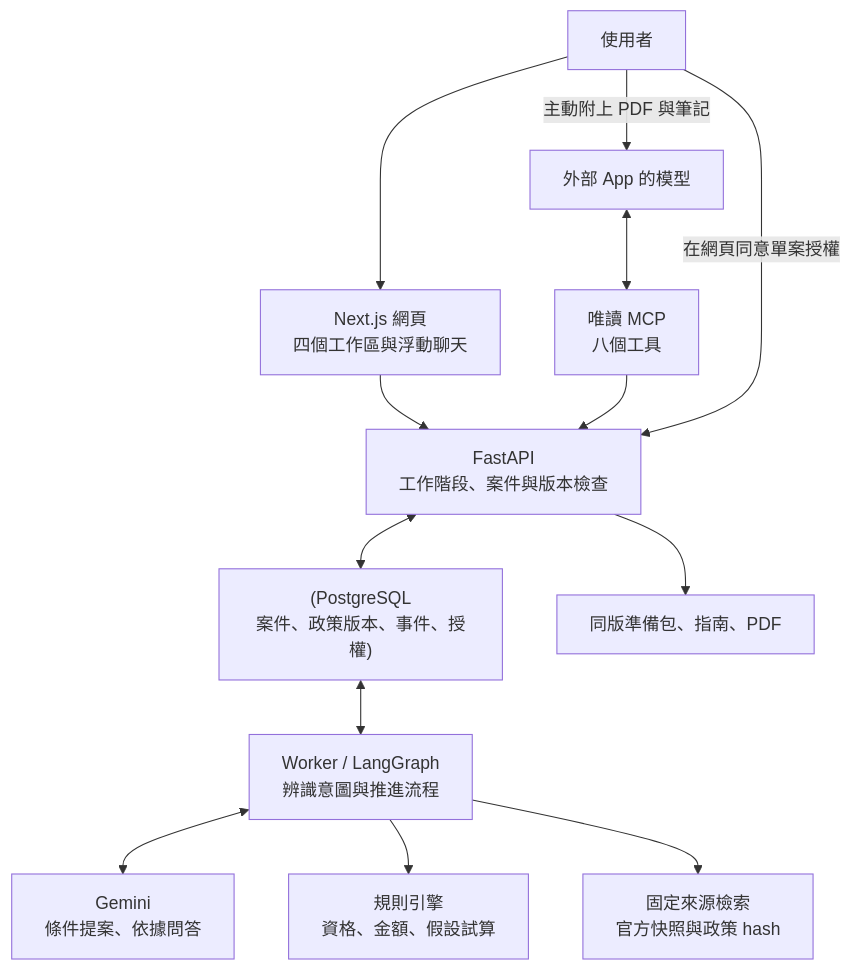
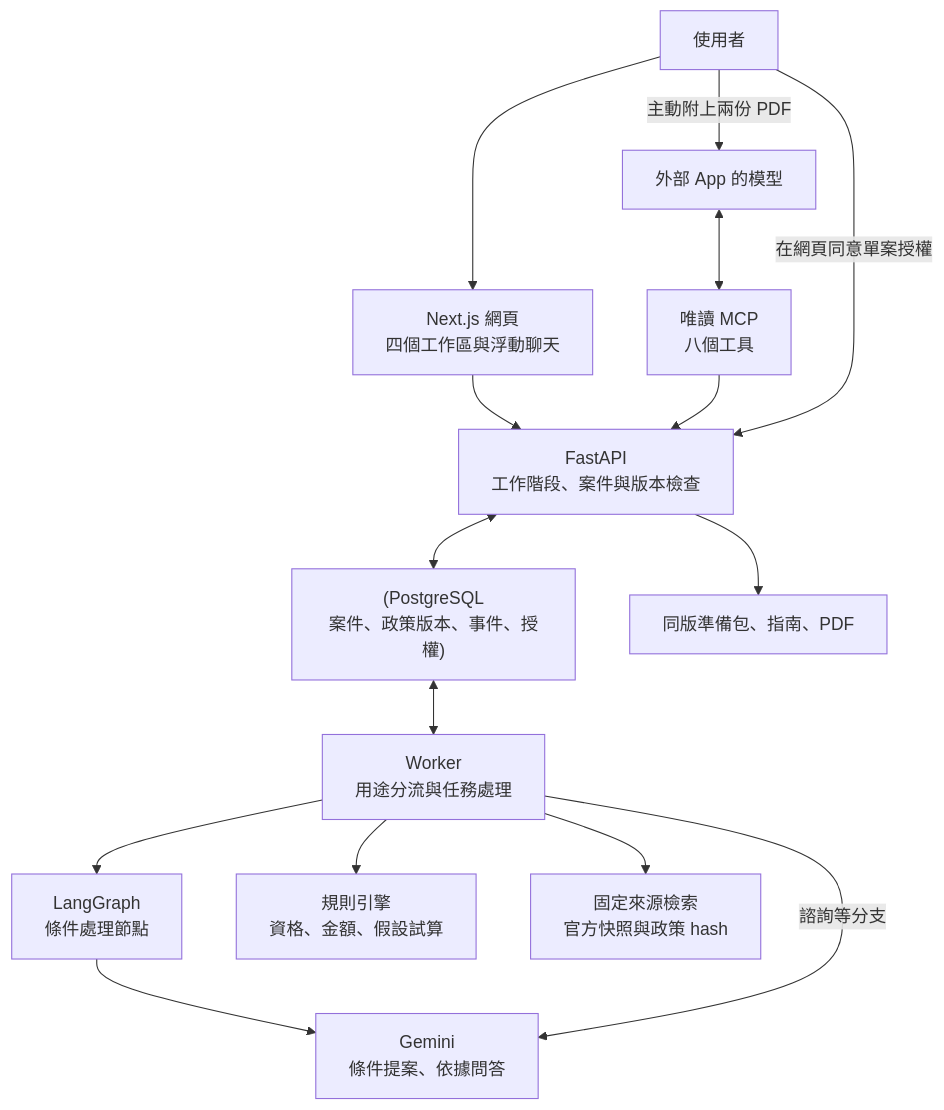
The diagram in docs/architecture.md (AllenHZL/AAIC2026_GovAid_Demo), drawn with Mermaid before and after one commit. The commit also changed other lines of this file and 5 other files, not shown here.

````diff
--- a/docs/architecture.md
+++ b/docs/architecture.md
@@ -3,15 +3,17 @@
 ```mermaid
 flowchart TB
   U[使用者] --> W["Next.js 網頁<br/>四個工作區與浮動聊天"]
   W --> A["FastAPI<br/>工作階段、案件與版本檢查"]
   A <--> D["(PostgreSQL<br/>案件、政策版本、事件、授權)"]
-  D <--> F["Worker / LangGraph<br/>辨識意圖與推進流程"]
-  F <--> G["Gemini<br/>條件提案、依據問答"]
+  D <--> F["Worker<br/>用途分流與任務處理"]
+  F --> L["LangGraph<br/>條件處理節點"]
+  L --> G["Gemini<br/>條件提案、依據問答"]
+  F -->|諮詢等分支| G
   F --> R["規則引擎<br/>資格、金額、假設試算"]
   F --> K["固定來源檢索<br/>官方快照與政策 hash"]
   A --> P[同版準備包、指南、PDF]
   X[外部 App 的模型] <--> M["唯讀 MCP<br/>八個工具"]
   M --> A
-  U -->|主動附上 PDF 與筆記| X
+  U -->|主動附上兩份 PDF| X
   U -->|在網頁同意單案授權| A
 ```
````
